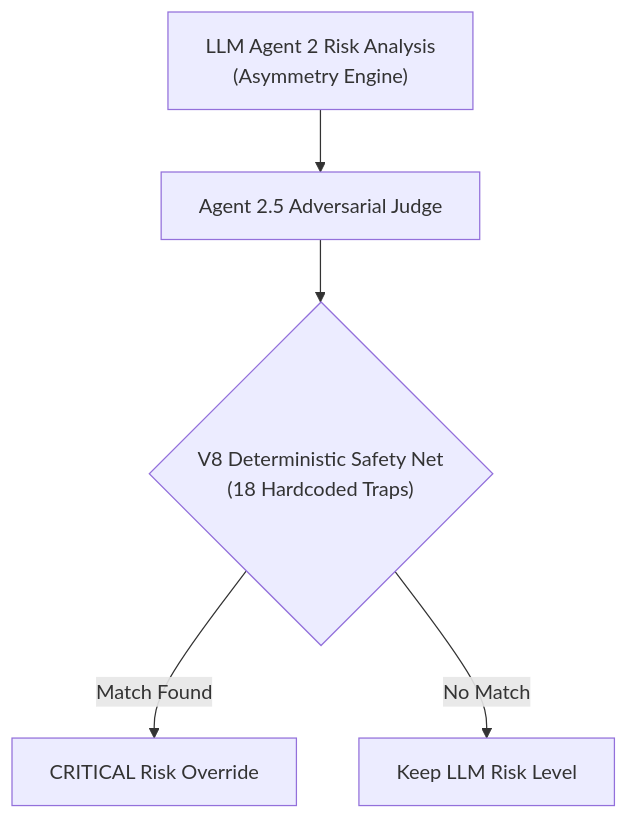
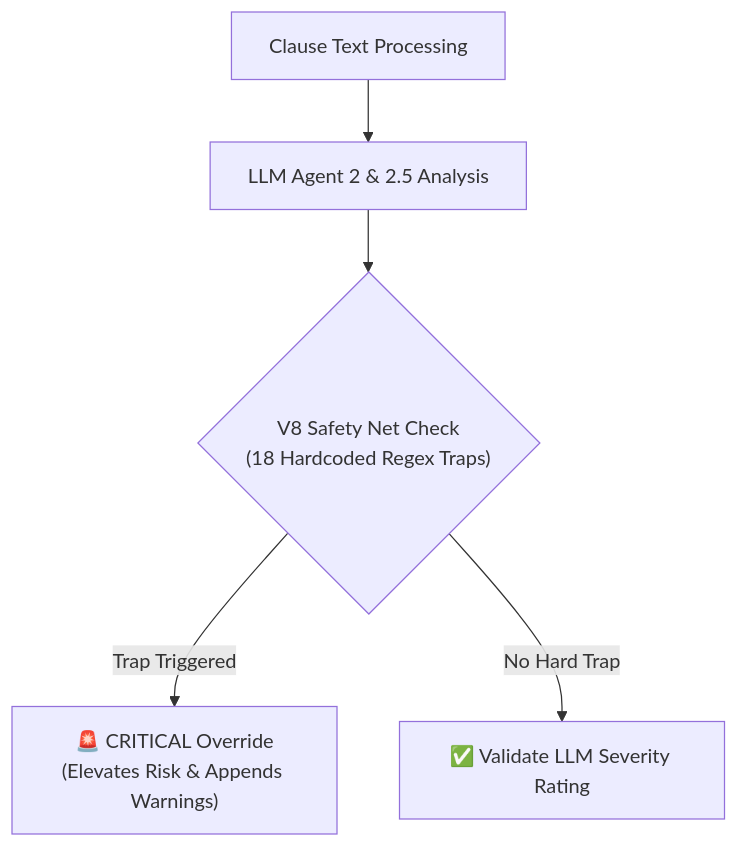
Before and after one commit to Aditya2514/LexGuard: the second of 3 diagrams in README.md, drawn with Mermaid. The commit also changed other lines of this file, not shown here.

Commit message:
docs: update README with modern UI showcase, architecture, and agent pipeline

````diff
--- a/README.md
+++ b/README.md
@@ -78,7 +231,7 @@
 ```mermaid
 graph TD
-    LLM["LLM Agent 2 Risk Analysis\n(Asymmetry Engine)"] --> Judge["Agent 2.5 Adversarial Judge"]
-    Judge --> SafetyNet{"V8 Deterministic Safety Net\n(18 Hardcoded Traps)"}
-    SafetyNet -->|Match Found| Override["CRITICAL Risk Override"]
-    SafetyNet -->|No Match| Keep["Keep LLM Risk Level"]
+    Clause["Clause Text Processing"] --> LLM["LLM Agent 2 & 2.5 Analysis"]
+    LLM --> SafetyNet{"V8 Safety Net Check\n(18 Hardcoded Regex Traps)"}
+    SafetyNet -->|Trap Triggered| Override["🚨 CRITICAL Override\n(Elevates Risk & Appends Warnings)"]
+    SafetyNet -->|No Hard Trap| Keep["✅ Validate LLM Severity Rating"]
 ```
````
